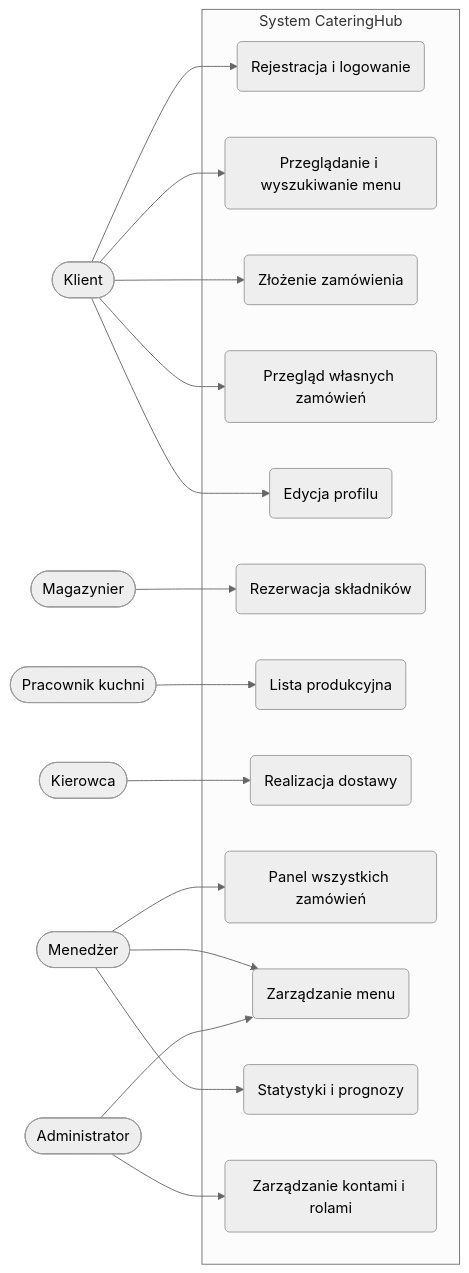
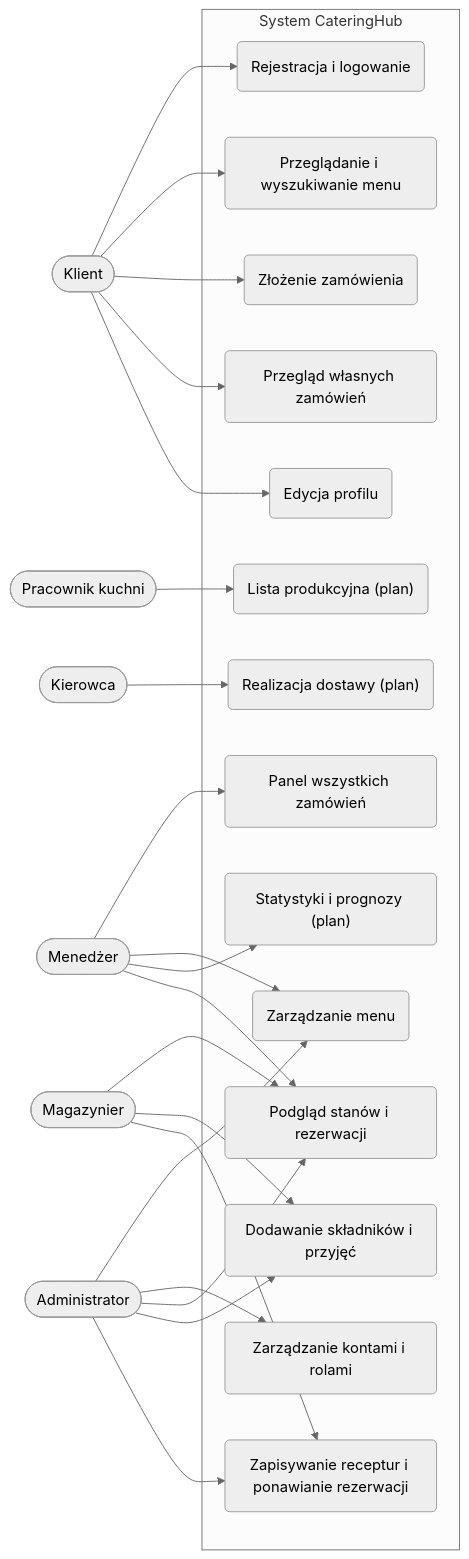
Before and after one commit to makskosciolek/catering-management-system: the diagram in docs/raport/rozdzial-05-specyfikacja-wymagan.md, drawn with Mermaid (neutral theme). The commit also changed other lines of this file and 20 other files, not shown here.

````diff
--- a/docs/raport/rozdzial-05-specyfikacja-wymagan.md
+++ b/docs/raport/rozdzial-05-specyfikacja-wymagan.md
@@ -211,38 +215,46 @@
 ```mermaid
 flowchart LR
     klient(["Klient"])
     magazynier(["Magazynier"])
     kuchnia(["Pracownik kuchni"])
     kierowca(["Kierowca"])
     menedzer(["Menedżer"])
     admin(["Administrator"])
 
     subgraph system ["System CateringHub"]
         uc1("Rejestracja i logowanie")
         uc2("Przeglądanie i wyszukiwanie menu")
         uc3("Złożenie zamówienia")
         uc4("Przegląd własnych zamówień")
         uc5("Edycja profilu")
-        uc6("Rezerwacja składników")
-        uc7("Lista produkcyjna")
-        uc8("Realizacja dostawy")
+        uc6("Podgląd stanów i rezerwacji")
+        uc7("Lista produkcyjna (plan)")
+        uc8("Realizacja dostawy (plan)")
         uc9("Panel wszystkich zamówień")
         uc10("Zarządzanie menu")
-        uc11("Statystyki i prognozy")
+        uc11("Statystyki i prognozy (plan)")
         uc12("Zarządzanie kontami i rolami")
+        uc13("Dodawanie składników i przyjęć")
+        uc14("Zapisywanie receptur i ponawianie rezerwacji")
     end
 
     klient --> uc1
     klient --> uc2
     klient --> uc3
     klient --> uc4
     klient --> uc5
     magazynier --> uc6
+    magazynier --> uc13
+    magazynier --> uc14
     kuchnia --> uc7
     kierowca --> uc8
     menedzer --> uc9
     menedzer --> uc10
     menedzer --> uc11
+    menedzer --> uc6
     admin --> uc10
     admin --> uc12
+    admin --> uc6
+    admin --> uc13
+    admin --> uc14
 ```
````
